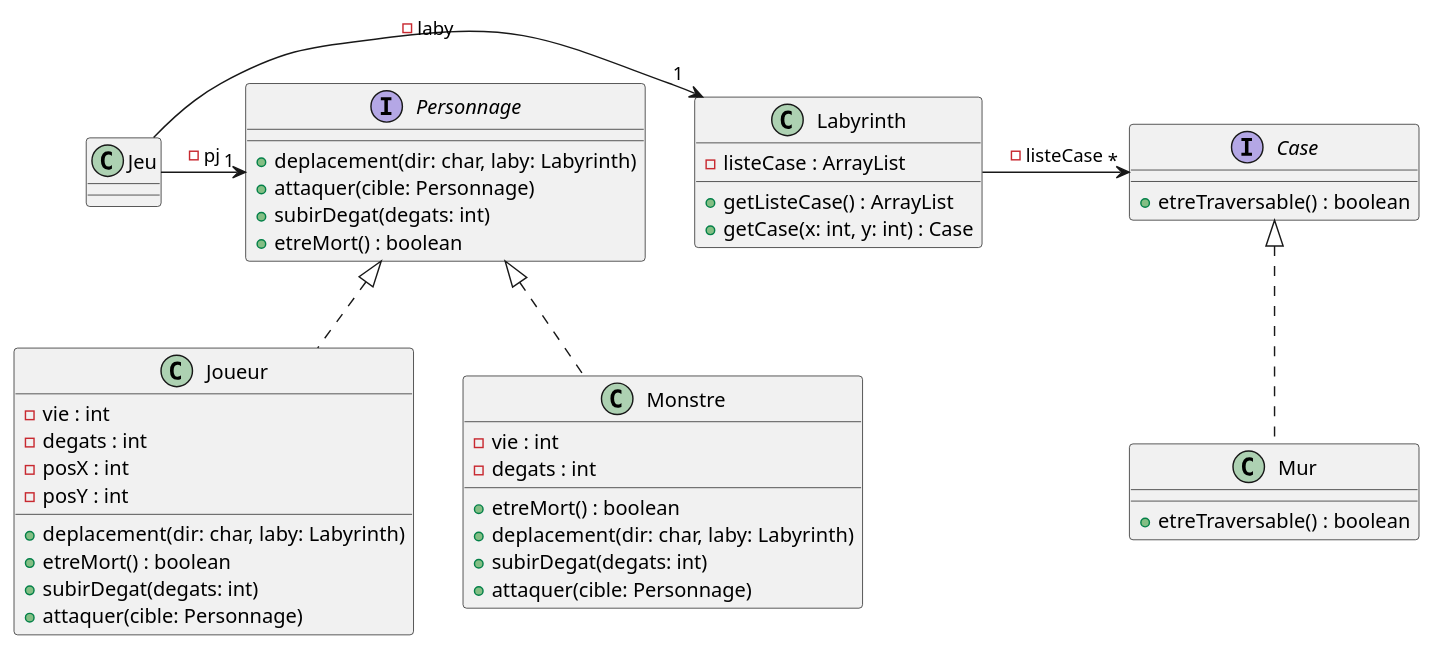
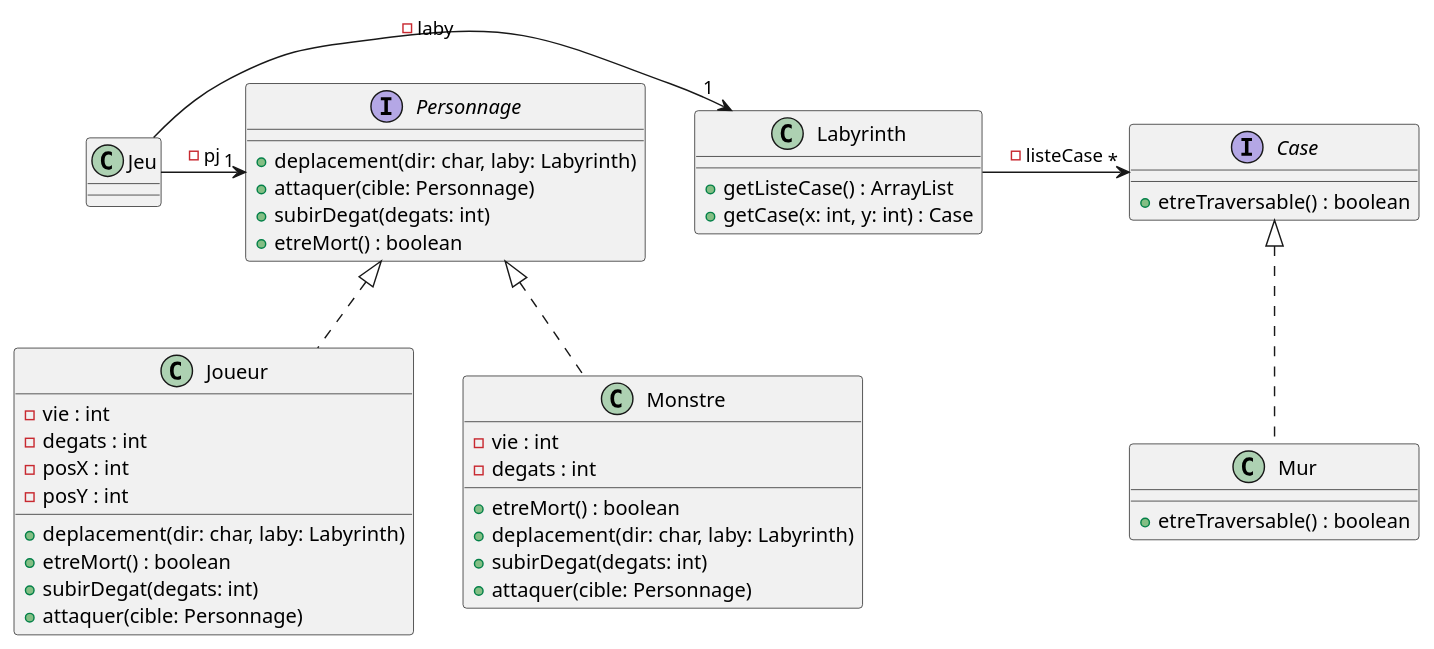
One commit to Zayd54500/2026_COO_Zeldiablo_ZB_VJ_HD_MM changed the diagram in projet_zeldiablo/src/main/DiagrameClassV1.puml. Above: the diagram before and after it, drawn with PlantUML. The commit also changed 3 other files, not shown here.

```diff
--- a/projet_zeldiablo/src/main/DiagrameClassV1.puml
+++ b/projet_zeldiablo/src/main/DiagrameClassV1.puml
@@ -1,48 +1,47 @@
 @startuml
 'https://plantuml.com/class-diagram
 class Jeu{
 }
 interface Case {
 + etreTraversable() : boolean
 }
 
 interface Personnage {
 + deplacement(dir: char, laby: Labyrinth)
 + attaquer(cible: Personnage)
 + subirDegat(degats: int)
 + etreMort() : boolean
 }
 
 class Mur implements Case {
 + etreTraversable() : boolean
 }
 
 class Labyrinth {
-- listeCase : ArrayList
 + getListeCase() : ArrayList
 + getCase(x: int, y: int) : Case
 }
 
 class Joueur implements Personnage {
 - vie : int
 - degats : int
 - posX : int
 - posY : int
 + deplacement(dir: char, laby: Labyrinth)
 + etreMort() : boolean
 + subirDegat(degats: int)
 + attaquer(cible: Personnage)
 }
 
 class Monstre implements Personnage {
 - vie : int
 - degats : int
 + etreMort() : boolean
 + deplacement(dir: char, laby: Labyrinth)
 + subirDegat(degats: int)
 + attaquer(cible: Personnage)
 }
 Jeu -> "1" Labyrinth : -laby
 Jeu -> "1" Personnage : -pj
 Labyrinth -> "*" Case : -listeCase
 @enduml
```
